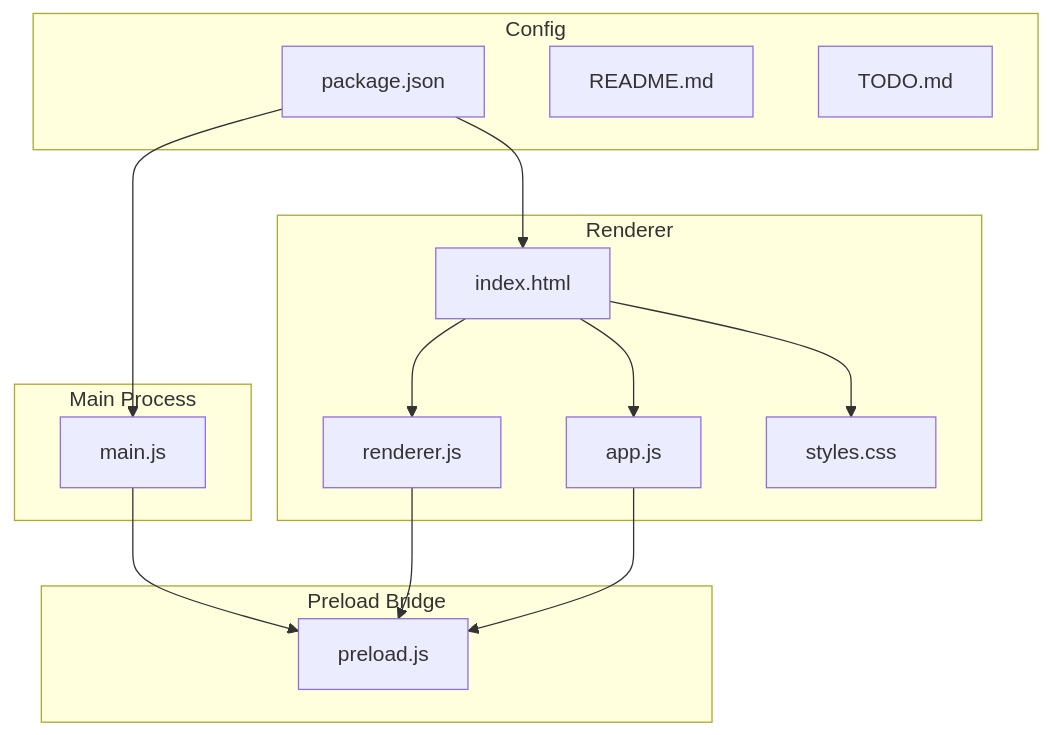
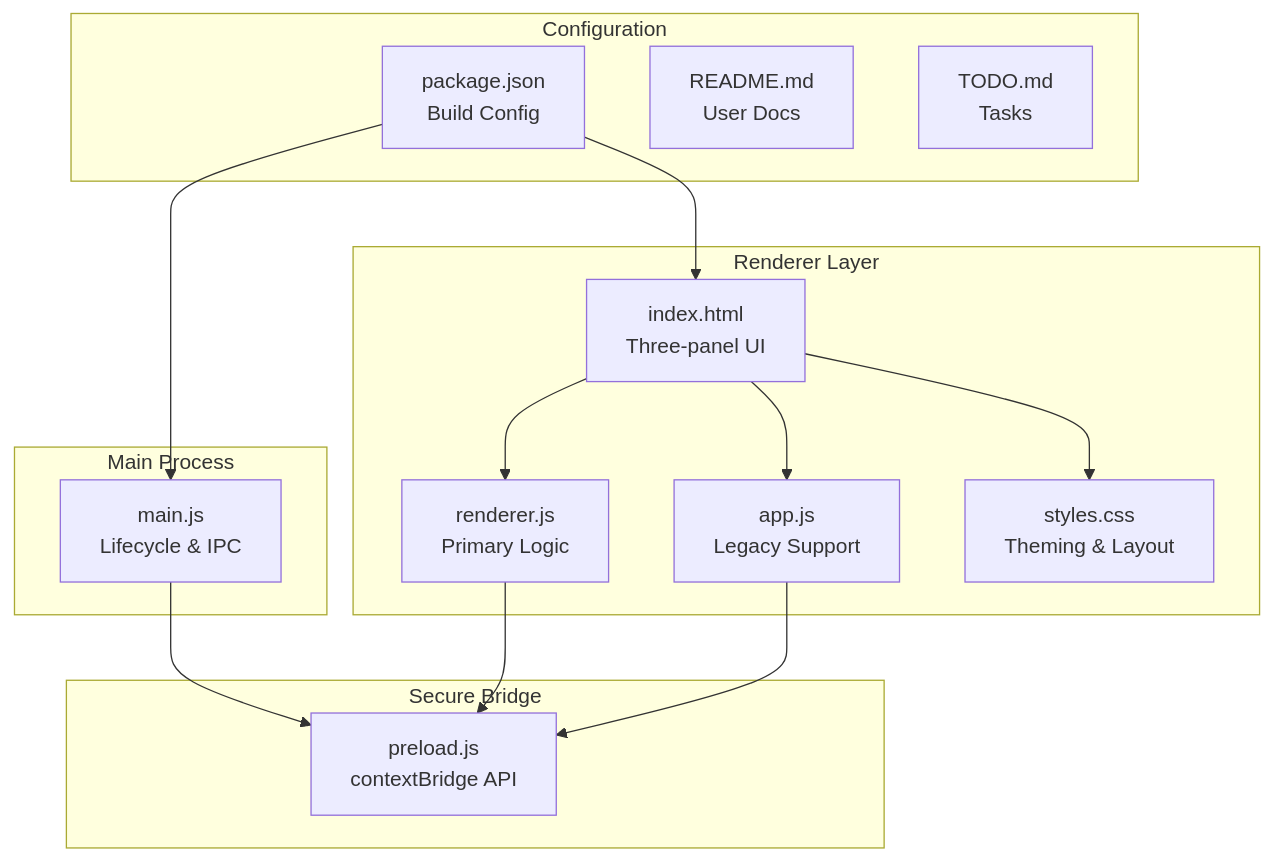
The first of 3 diagrams in .qoder/repowiki/en/content/Development Guide.md (Annguyen0410/Personal-Messenger-Like-Storage-), drawn with Mermaid before and after one commit. The commit also changed other lines of this file and 19 other files, not shown here.

````diff
--- a/.qoder/repowiki/en/content/Development Guide.md
+++ b/.qoder/repowiki/en/content/Development Guide.md
@@ -48,28 +66,28 @@
 ```mermaid
 graph TB
 subgraph "Main Process"
-M["main.js"]
+M["main.js<br/>Lifecycle & IPC"]
 end
-subgraph "Preload Bridge"
-P["preload.js"]
+subgraph "Secure Bridge"
+P["preload.js<br/>contextBridge API"]
 end
-subgraph "Renderer"
-H["index.html"]
-R["renderer.js"]
-A["app.js"]
-S["styles.css"]
+subgraph "Renderer Layer"
+H["index.html<br/>Three-panel UI"]
+R["renderer.js<br/>Primary Logic"]
+A["app.js<br/>Legacy Support"]
+S["styles.css<br/>Theming & Layout"]
 end
-subgraph "Config"
-PKG["package.json"]
-RDME["README.md"]
-TODO["TODO.md"]
+subgraph "Configuration"
+PKG["package.json<br/>Build Config"]
+RDME["README.md<br/>User Docs"]
+TODO["TODO.md<br/>Tasks"]
 end
 PKG --> M
 PKG --> H
 M --> P
 H --> R
 H --> A
 H --> S
 R --> P
 A --> P
 ```
````
